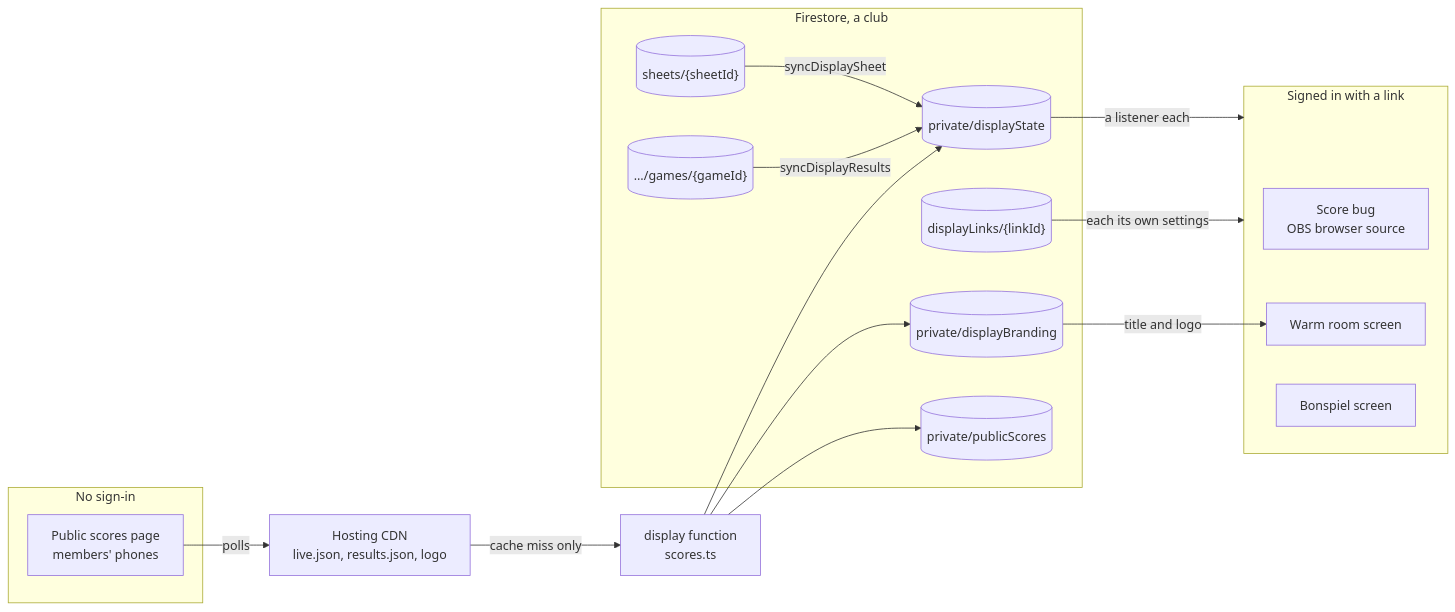
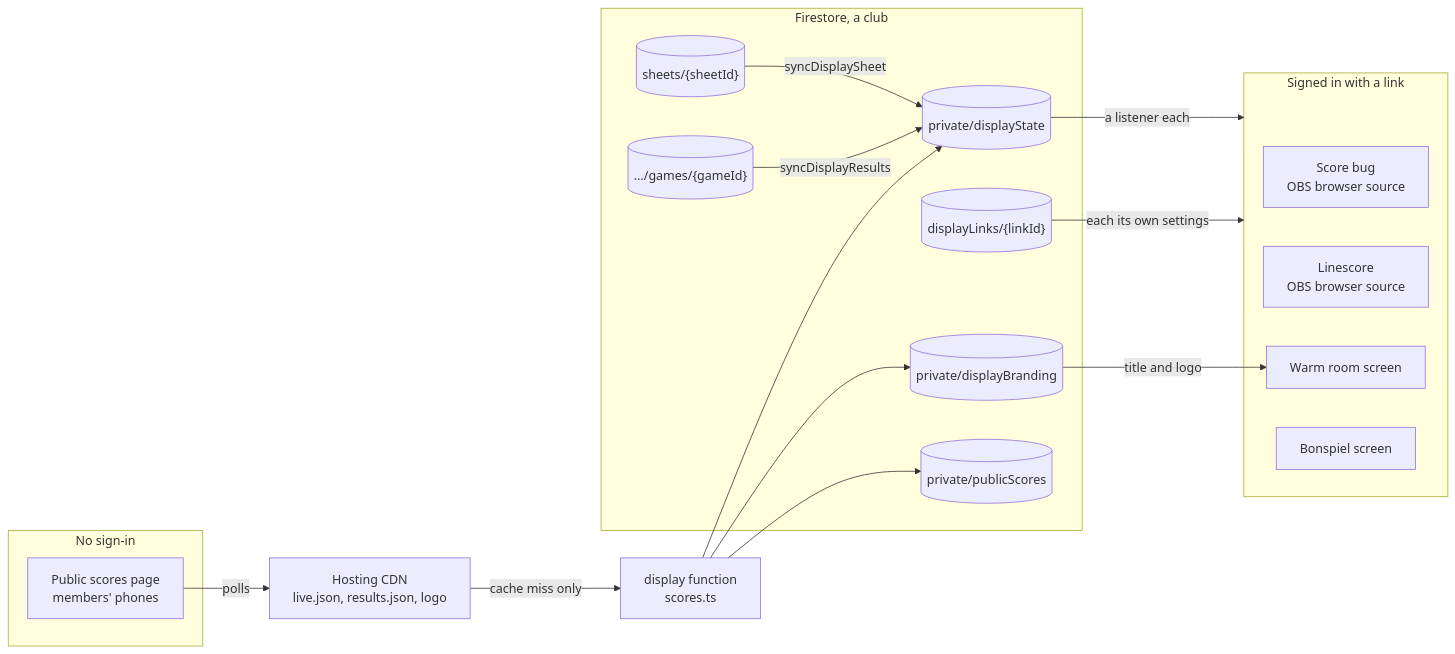
Before and after one commit to CloudgateStudios/curling_scoreboard: the first of 4 diagrams in docs/architecture/displays.md, drawn with Mermaid. The commit also changed other lines of this file and 26 other files, not shown here.

````diff
--- a/docs/architecture/displays.md
+++ b/docs/architecture/displays.md
@@ -10,33 +10,34 @@
 ```mermaid
 flowchart LR
   subgraph fs["Firestore, a club"]
     SHEETS[("sheets/{sheetId}")]
     GAMES[("…/games/{gameId}")]
     DS[("private/displayState")]
     BR[("private/displayBranding")]
     LINKS[("displayLinks/{linkId}")]
     PUBS[("private/publicScores")]
   end
   SHEETS -- "syncDisplaySheet" --> DS
   GAMES -- "syncDisplayResults" --> DS
 
   subgraph screens["Signed in with a link"]
     BUG["Score bug<br/>OBS browser source"]
+    LS["Linescore<br/>OBS browser source"]
     WR["Warm room screen"]
     BS["Bonspiel screen"]
   end
   DS -- "a listener each" --> screens
   LINKS -- "each its own settings" --> screens
   BR -- "title and logo" --> WR
 
   subgraph pub["No sign-in"]
     PHONE["Public scores page<br/>members' phones"]
   end
   CDN["Hosting CDN<br/>live.json, results.json, logo"]
   DF["display function<br/>scores.ts"]
   PHONE -- "polls" --> CDN
   CDN -- "cache miss only" --> DF
   DF --> DS
   DF --> BR
   DF --> PUBS
 ```
````
